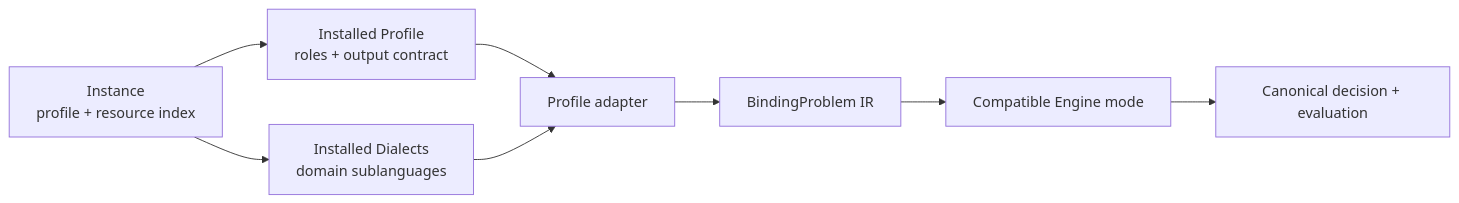
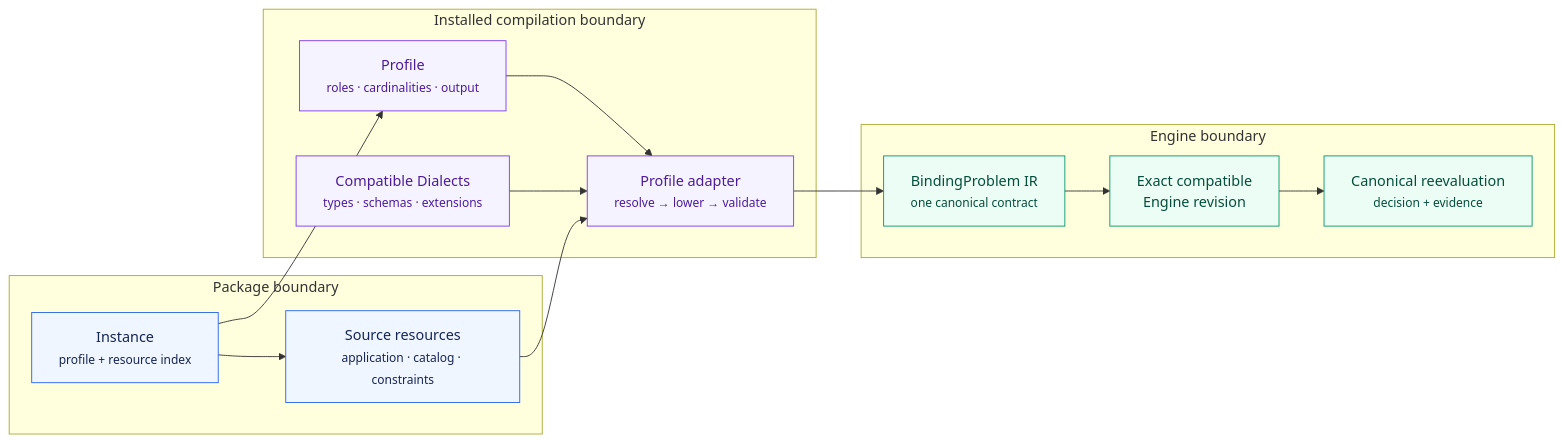
The diagram in README.md (isa-group/OpenBinding), drawn with Mermaid before and after one commit. The commit also changed other lines of this file and 2 other files, not shown here.

Commit message:
docs(bim): add interactive architecture map

````diff
--- a/README.md
+++ b/README.md
@@ -23,10 +25,27 @@
 ```mermaid
 flowchart LR
-  I["Instance<br/>profile + resource index"] --> P["Installed Profile<br/>roles + output contract"]
-  I --> D["Installed Dialects<br/>domain sublanguages"]
-  P --> C["Profile adapter"]
-  D --> C
-  C --> IR["BindingProblem IR"]
-  IR --> E["Compatible Engine mode"]
-  E --> R["Canonical decision + evaluation"]
+  subgraph Source["Package boundary"]
+    I["Instance<br/><small>profile + resource index</small>"]
+    R["Source resources<br/><small>application · catalog · constraints</small>"]
+  end
+  subgraph Compile["Installed compilation boundary"]
+    P["Profile<br/><small>roles · cardinalities · output</small>"]
+    D["Compatible Dialects<br/><small>types · schemas · extensions</small>"]
+    C["Profile adapter<br/><small>resolve → lower → validate</small>"]
+  end
+  subgraph Execute["Engine boundary"]
+    IR["BindingProblem IR<br/><small>one canonical contract</small>"]
+    E["Exact compatible<br/>Engine revision"]
+    V["Canonical reevaluation<br/><small>decision + evidence</small>"]
+  end
+  I --> P
+  I --> R
+  P & D & R --> C
+  C --> IR --> E --> V
+  classDef package fill:#eff6ff,stroke:#2563eb,color:#172554
+  classDef compile fill:#f5f3ff,stroke:#7c3aed,color:#4c1d95
+  classDef execute fill:#ecfdf5,stroke:#059669,color:#064e3b
+  class I,R package
+  class P,D,C compile
+  class IR,E,V execute
 ```
````
